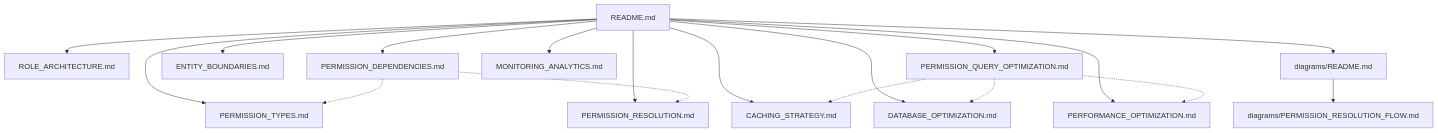
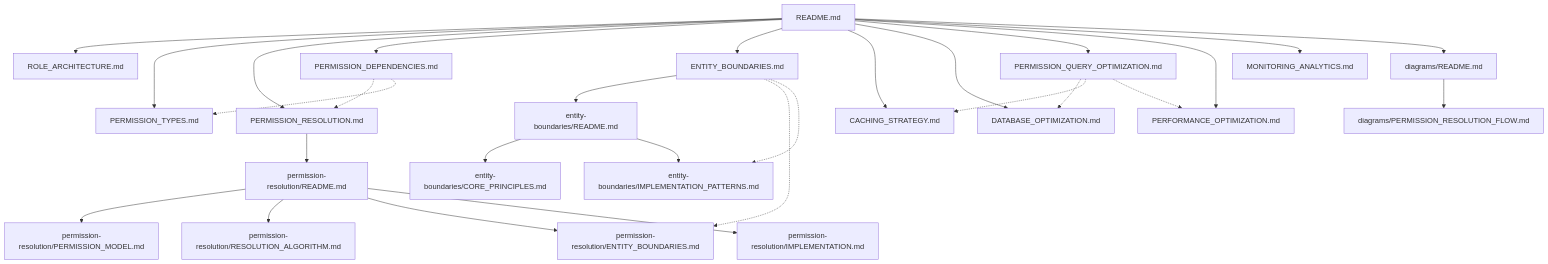
Before and after one commit to tesfayekb/core-base: the first of 2 diagrams in src/docs/documentation-maps/RBAC_SYSTEM_MAP.md, drawn with Mermaid. The commit also changed other lines of this file and 8 other files, not shown here.

````diff
--- a/src/docs/documentation-maps/RBAC_SYSTEM_MAP.md
+++ b/src/docs/documentation-maps/RBAC_SYSTEM_MAP.md
@@ -31,21 +38,34 @@
 ```mermaid
 graph TD
     README["README.md"] --> ROLE["ROLE_ARCHITECTURE.md"]
     README --> PERM["PERMISSION_TYPES.md"]
     README --> RES["PERMISSION_RESOLUTION.md"]
     README --> PERMDEP["PERMISSION_DEPENDENCIES.md"]
     README --> ENT["ENTITY_BOUNDARIES.md"]
     README --> CACHE["CACHING_STRATEGY.md"]
     README --> DB["DATABASE_OPTIMIZATION.md"]
     README --> QUERY["PERMISSION_QUERY_OPTIMIZATION.md"]
     README --> PERF["PERFORMANCE_OPTIMIZATION.md"]
     README --> MON["MONITORING_ANALYTICS.md"]
     README --> DIAG["diagrams/README.md"]
     
+    ENT --> ENT_README["entity-boundaries/README.md"]
+    ENT_README --> ENT_CORE["entity-boundaries/CORE_PRINCIPLES.md"]
+    ENT_README --> ENT_IMP["entity-boundaries/IMPLEMENTATION_PATTERNS.md"]
+    
+    RES --> RES_README["permission-resolution/README.md"]
+    RES_README --> RES_MODEL["permission-resolution/PERMISSION_MODEL.md"]
+    RES_README --> RES_ALG["permission-resolution/RESOLUTION_ALGORITHM.md"]
+    RES_README --> RES_ENT["permission-resolution/ENTITY_BOUNDARIES.md"]
+    RES_README --> RES_IMP["permission-resolution/IMPLEMENTATION.md"]
+    
+    ENT -.-> RES_ENT
+    ENT -.-> ENT_IMP
+    
     PERMDEP -.-> RES
     PERMDEP -.-> PERM
     DIAG --> FLOW["diagrams/PERMISSION_RESOLUTION_FLOW.md"]
     QUERY -.-> DB
     QUERY -.-> CACHE
     QUERY -.-> PERF
 ```
````
